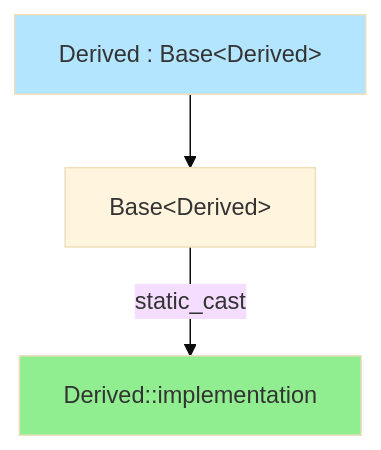
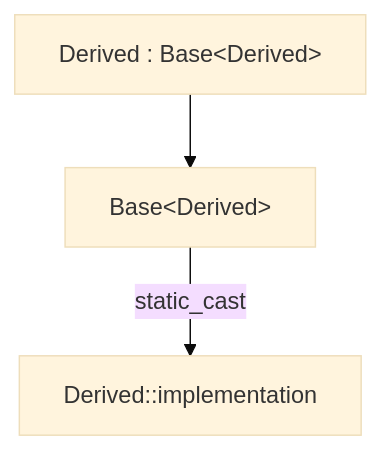
One commit to AndriiSonsiadlo/knowledge-base changed the diagram in docs/programming/cpp/13-idioms-and-design/03-crtp.md. Above: the diagram before and after it, drawn with Mermaid (base theme). The commit also changed 6 other files, not shown here.

Commit message:
style (C++): drop hardcoded mermaid fills in stdlib, concurrency and idioms

````diff
--- a/docs/programming/cpp/13-idioms-and-design/03-crtp.md
+++ b/docs/programming/cpp/13-idioms-and-design/03-crtp.md
@@ -52,8 +52,6 @@
 ```mermaid
 graph TD
     A[Derived : Base&lt;Derived&gt;] --> B[Base&lt;Derived&gt;]
     B -->|static_cast| C[Derived::implementation]
     
-    style A fill:#B4E5FF
-    style C fill:#90EE90
 ```
````
